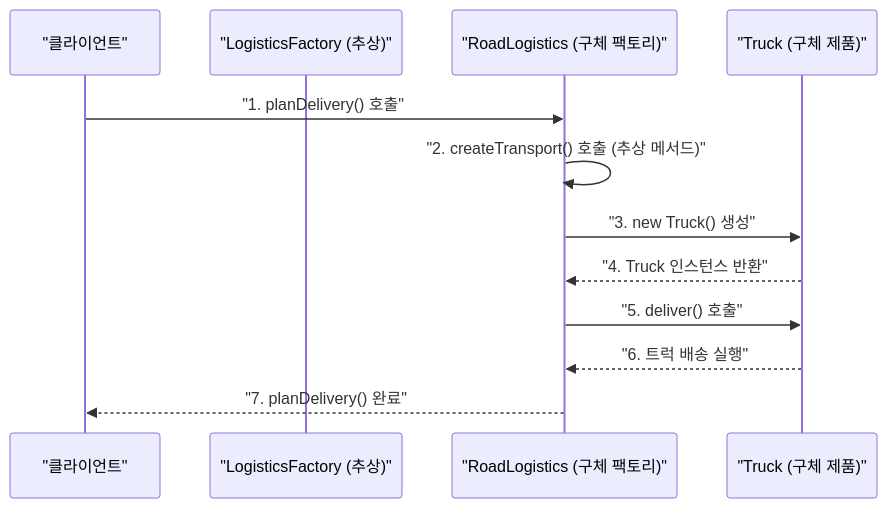
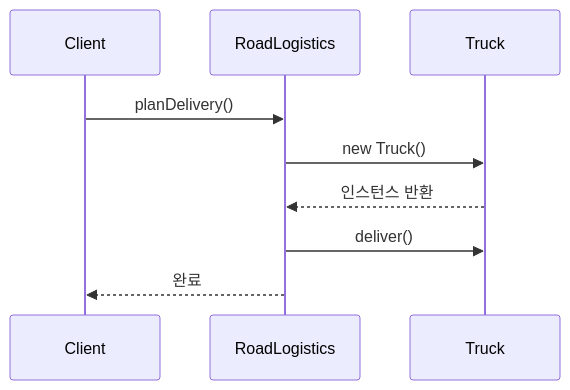
One commit to yjkim2015/yjkim2015.github.io changed the second of 2 diagrams in _posts/designPattern/2021-11-26-FactoryPattern.md. Above: the diagram before and after it, drawn with Mermaid. The commit also changed 155 other files, not shown here.

First line of the commit message:
Mermaid 전면 수정: subgraph 제거, participant/노드/줄수 축소 (342블록)

````diff
--- a/_posts/designPattern/2021-11-26-FactoryPattern.md
+++ b/_posts/designPattern/2021-11-26-FactoryPattern.md
@@ -188,14 +188,11 @@
 ```mermaid
 sequenceDiagram
-    participant C as "클라이언트"
-    participant F as "LogisticsFactory (추상)"
-    participant CF as "RoadLogistics (구체 팩토리)"
-    participant P as "Truck (구체 제품)"
-    C->>CF: "1. planDelivery() 호출"
-    CF->>CF: "2. createTransport() 호출 (추상 메서드)"
-    CF->>P: "3. new Truck() 생성"
-    P-->>CF: "4. Truck 인스턴스 반환"
-    CF->>P: "5. deliver() 호출"
-    P-->>CF: "6. 트럭 배송 실행"
-    CF-->>C: "7. planDelivery() 완료"
+    participant C as Client
+    participant CF as RoadLogistics
+    participant P as Truck
+    C->>CF: planDelivery()
+    CF->>P: new Truck()
+    P-->>CF: 인스턴스 반환
+    CF->>P: deliver()
+    CF-->>C: 완료
 ```
````
